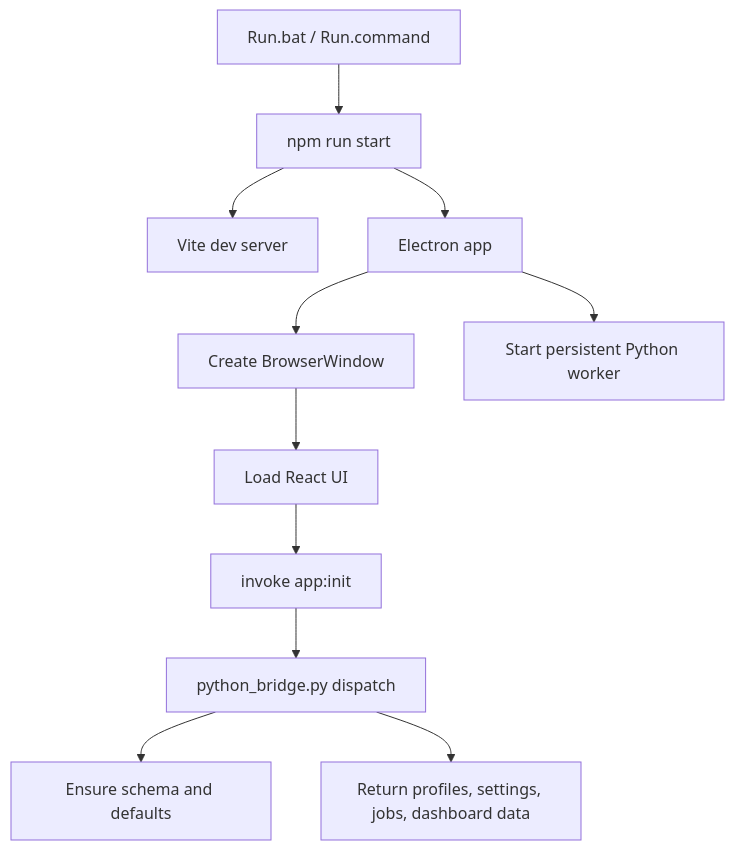
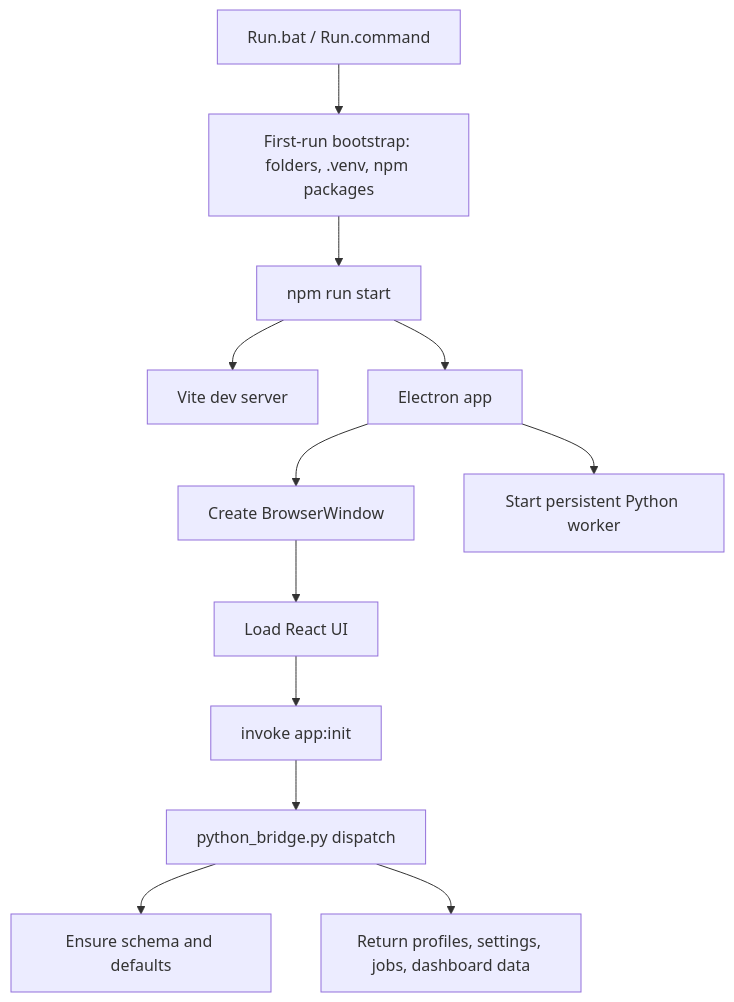
Before and after one commit to Keljian/JSE: the third of 10 diagrams in ARCHITECTURE.md, drawn with Mermaid. The commit also changed 4 other files, not shown here.

Commit message:
updated first run behaviour

````diff
--- a/ARCHITECTURE.md
+++ b/ARCHITECTURE.md
@@ -84,13 +84,14 @@
 ```mermaid
 flowchart TD
-    Start["Run.bat / Run.command"] --> Npm["npm run start"]
+    Start["Run.bat / Run.command"] --> Bootstrap["First-run bootstrap: folders, .venv, npm packages"]
+    Bootstrap --> Npm["npm run start"]
     Npm --> DevServer["Vite dev server"]
     Npm --> Electron["Electron app"]
     Electron --> Window["Create BrowserWindow"]
     Electron --> Worker["Start persistent Python worker"]
     Window --> React["Load React UI"]
     React --> Init["invoke app:init"]
     Init --> Bridge["python_bridge.py dispatch"]
     Bridge --> DBSetup["Ensure schema and defaults"]
     Bridge --> Snapshot["Return profiles, settings, jobs, dashboard data"]
 ```
````
